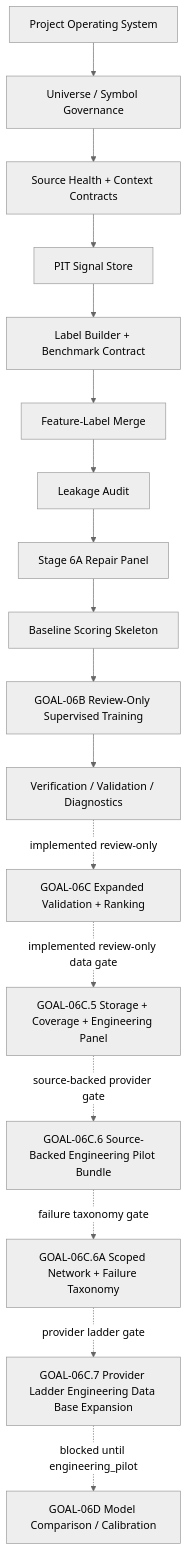
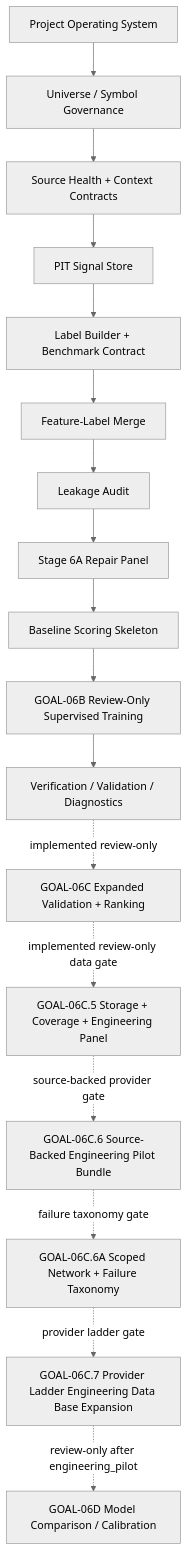
One commit to RyanLu0203/A_share_premarket_core changed the diagram in docs/10_PROGRAM_ROADMAP_AND_ARCHITECTURE.md. Above: the diagram before and after it, drawn with Mermaid (neutral theme). The commit also changed other lines of this file and 45 other files, not shown here.

Commit message:
Reach GOAL-06C.7 engineering pilot

````diff
--- a/docs/10_PROGRAM_ROADMAP_AND_ARCHITECTURE.md
+++ b/docs/10_PROGRAM_ROADMAP_AND_ARCHITECTURE.md
@@ -11,19 +11,19 @@
 ```mermaid
 flowchart TD
     A["Project Operating System"] --> B["Universe / Symbol Governance"]
     B --> C["Source Health + Context Contracts"]
     C --> D["PIT Signal Store"]
     D --> E["Label Builder + Benchmark Contract"]
     E --> F["Feature-Label Merge"]
     F --> G["Leakage Audit"]
     G --> H["Stage 6A Repair Panel"]
     H --> I["Baseline Scoring Skeleton"]
     I --> J["GOAL-06B Review-Only Supervised Training"]
     J --> K["Verification / Validation / Diagnostics"]
     K -. "implemented review-only" .-> L["GOAL-06C Expanded Validation + Ranking"]
     L -. "implemented review-only data gate" .-> N["GOAL-06C.5 Storage + Coverage + Engineering Panel"]
     N -. "source-backed provider gate" .-> O["GOAL-06C.6 Source-Backed Engineering Pilot Bundle"]
     O -. "failure taxonomy gate" .-> P["GOAL-06C.6A Scoped Network + Failure Taxonomy"]
     P -. "provider ladder gate" .-> Q["GOAL-06C.7 Provider Ladder Engineering Data Base Expansion"]
-    Q -. "blocked until engineering_pilot" .-> M["GOAL-06D Model Comparison / Calibration"]
+    Q -. "review-only after engineering_pilot" .-> M["GOAL-06D Model Comparison / Calibration"]
 ```
````
